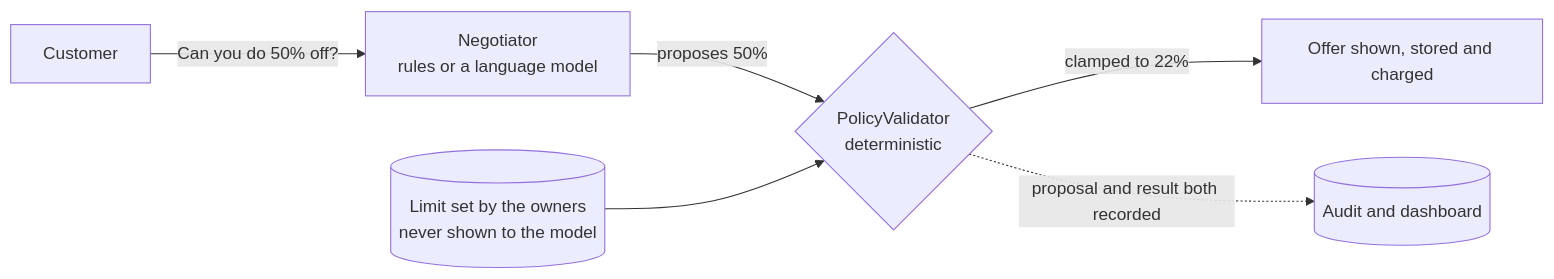
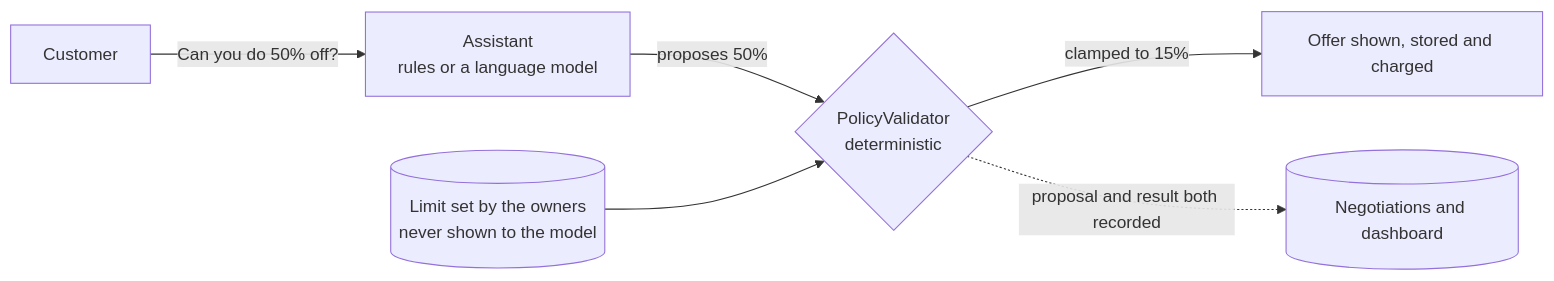
The first of 2 diagrams in README.md (nurmuhammedkanybekov/akven-v2), drawn with Mermaid before and after one commit. The commit also changed other lines of this file and 73 other files, not shown here.

````diff
--- a/README.md
+++ b/README.md
@@ -47,8 +46,8 @@
 ```mermaid
 flowchart LR
-    C[Customer] -- "Can you do 50% off?" --> N[Negotiator<br/>rules or a language model]
+    C[Customer] -- "Can you do 50% off?" --> N[Assistant<br/>rules or a language model]
     N -- proposes 50% --> V{PolicyValidator<br/>deterministic}
     L[(Limit set by the owners<br/>never shown to the model)] --> V
-    V -- "clamped to 22%" --> O[Offer shown, stored and charged]
-    V -. proposal and result both recorded .-> A[(Audit and dashboard)]
+    V -- "clamped to 15%" --> O[Offer shown, stored and charged]
+    V -. proposal and result both recorded .-> A[(Negotiations and dashboard)]
 ```
````
